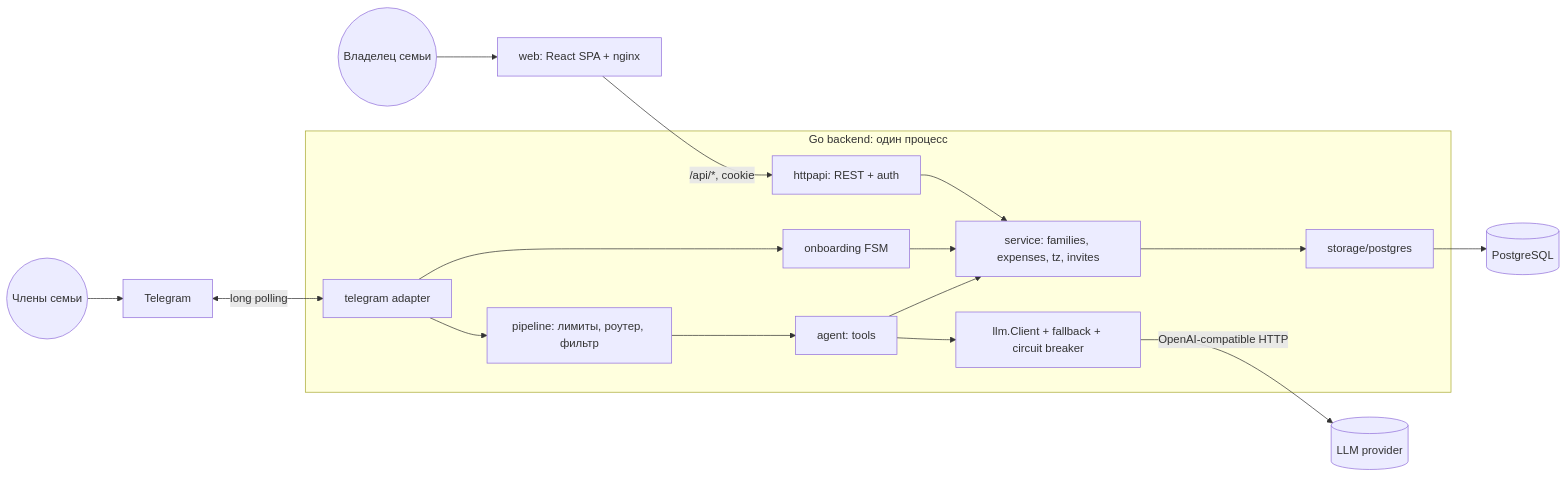
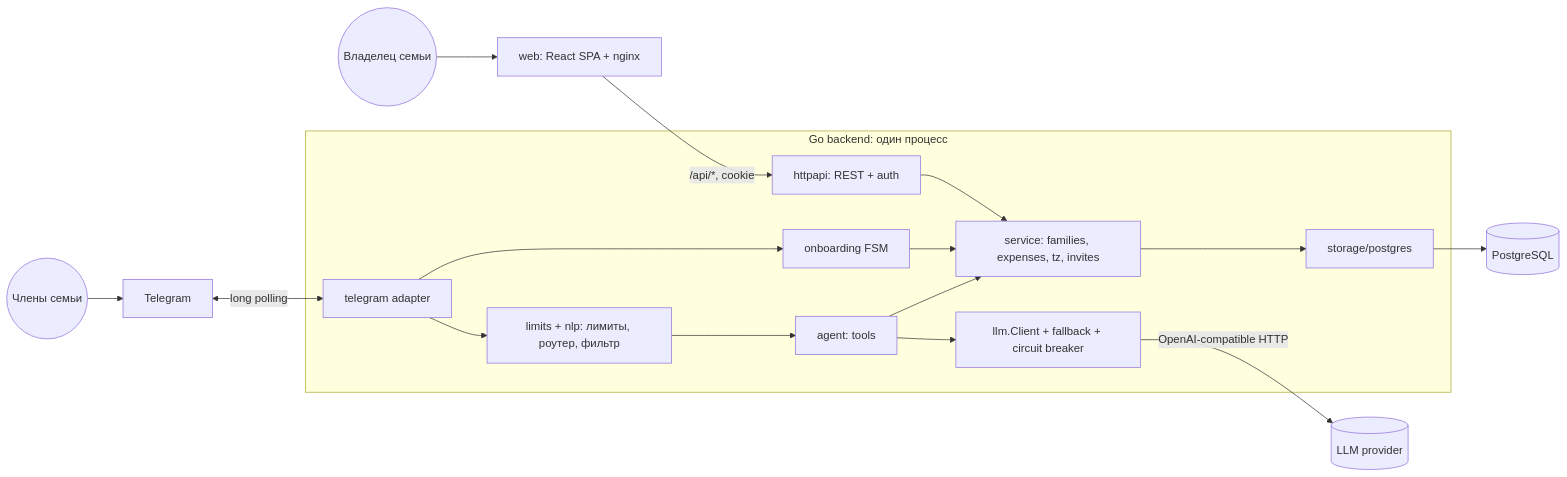
Before and after one commit to DenPixell/Telegram_AI_Bot: the first of 3 diagrams in docs/architecture.md, drawn with Mermaid. The commit also changed other lines of this file and 1 other file, not shown here.

````diff
--- a/docs/architecture.md
+++ b/docs/architecture.md
@@ -105,19 +105,19 @@
 ```mermaid
 flowchart LR
     TG[Telegram] <-->|long polling| BOT[telegram adapter]
     subgraph GO[Go backend: один процесс]
         BOT --> ONB[onboarding FSM]
-        BOT --> PIPE[pipeline: лимиты, роутер, фильтр]
+        BOT --> PIPE[limits + nlp: лимиты, роутер, фильтр]
         PIPE --> AG[agent: tools]
         AG --> LLM[llm.Client + fallback + circuit breaker]
         AG --> SVC[service: families, expenses, tz, invites]
         ONB --> SVC
         API[httpapi: REST + auth] --> SVC
         SVC --> REPO[storage/postgres]
     end
     LLM -->|OpenAI-compatible HTTP| EXT[(LLM provider)]
     REPO --> DB[(PostgreSQL)]
     WEB[web: React SPA + nginx] -->|/api/*, cookie| API
     HEAD((Владелец семьи)) --> WEB
     FAM((Члены семьи)) --> TG
 ```
````
